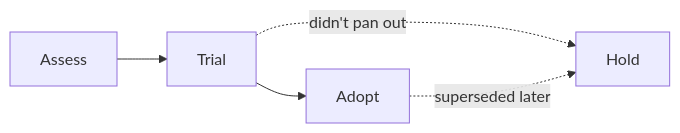
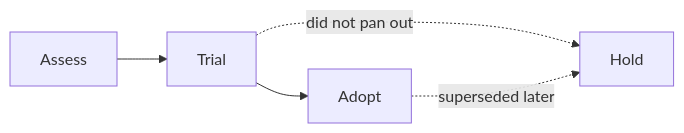
Before and after one commit to francoandreDev/knowledge: the diagram in src/content/architecture/tech-radar/L1-summary.mdx, drawn with Mermaid. The commit also changed other lines of this file and 18 other files, not shown here.

Commit message:
Migrate architecture batch 3 (tech-radar, platform-engineering, multi-tenant-architecture, reference-architectures) to the three-tier exercise model

````diff
--- a/src/content/architecture/tech-radar/L1-summary.mdx
+++ b/src/content/architecture/tech-radar/L1-summary.mdx
@@ -72,6 +67,6 @@
 ```mermaid
 flowchart LR
     A[Assess] --> T[Trial] --> AD[Adopt]
-    T -.->|didn't pan out| H[Hold]
+    T -.->|did not pan out| H[Hold]
     AD -.->|superseded later| H
 ```
````
